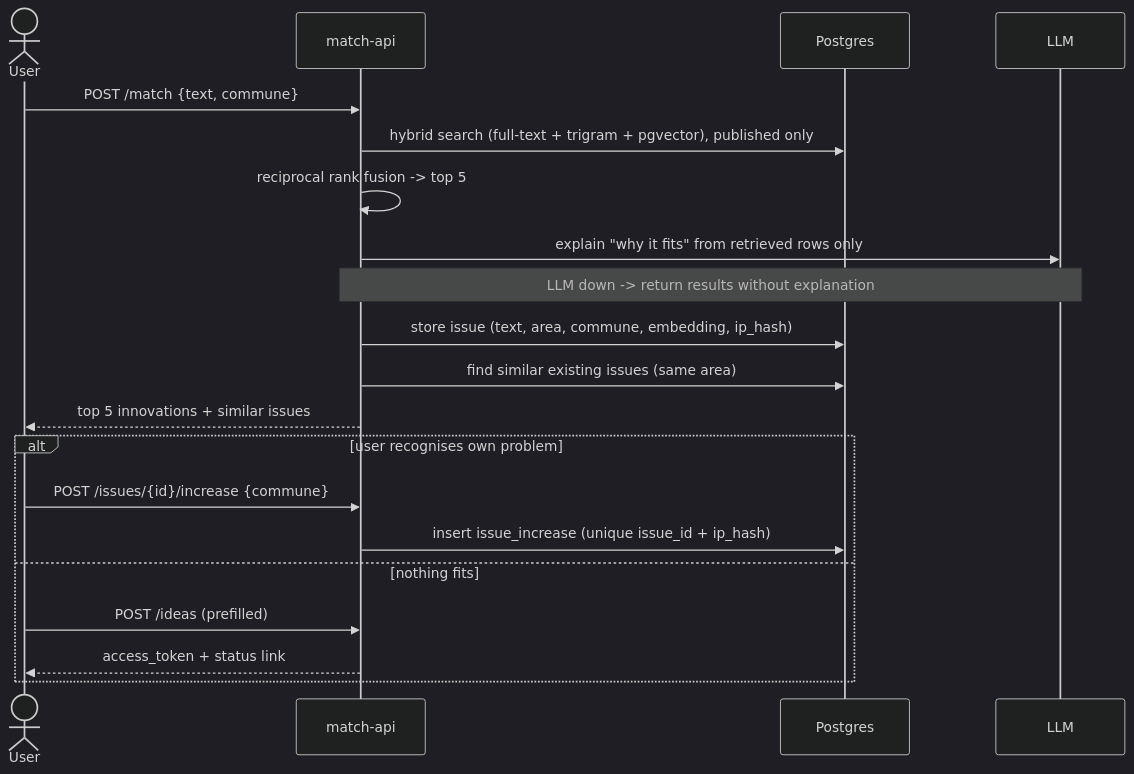
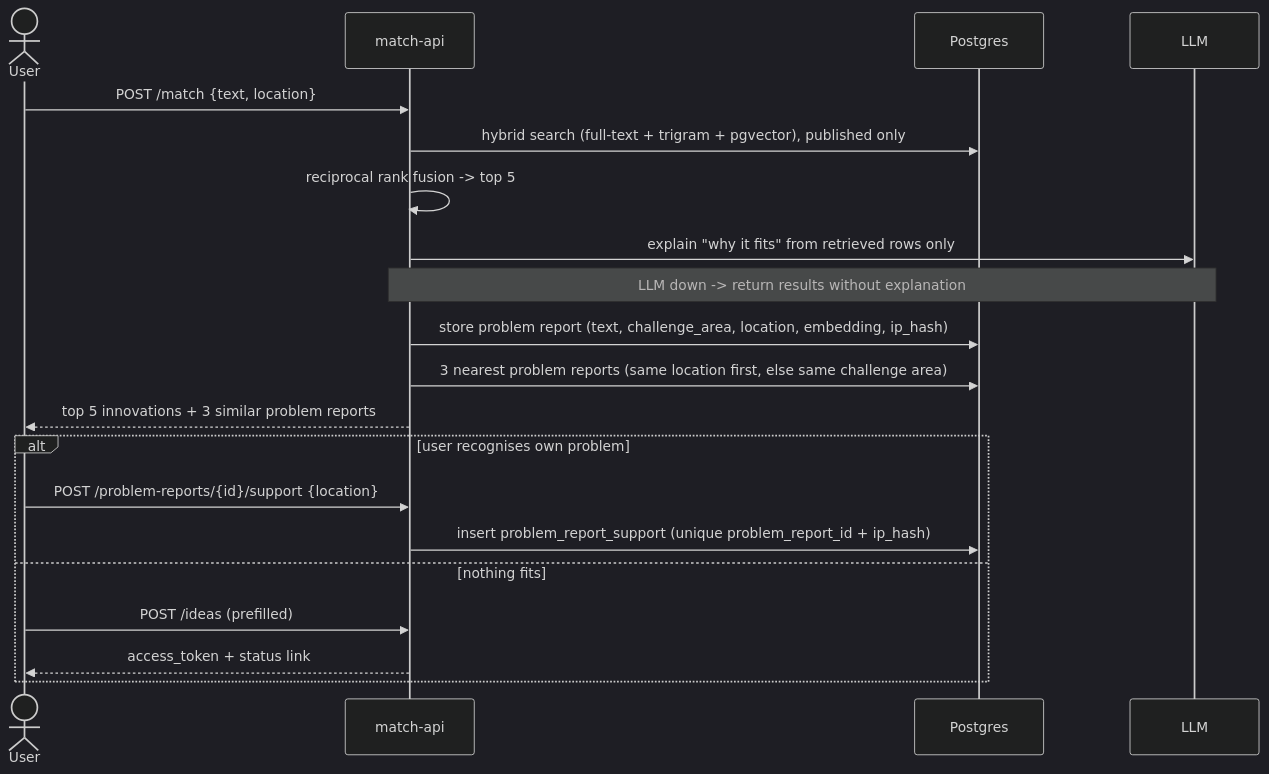
Before and after one commit to DziadBud/HackYeah2026: the third of 4 diagrams in documentation/backend/architecture.md, drawn with Mermaid (dark theme). The commit also changed other lines of this file and 39 other files, not shown here.

````diff
--- a/documentation/backend/architecture.md
+++ b/documentation/backend/architecture.md
@@ -69,23 +69,23 @@
 ```mermaid
 sequenceDiagram
     actor User
     participant API as match-api
     participant DB as Postgres
     participant LLM
 
-    User->>API: POST /match {text, commune}
+    User->>API: POST /match {text, location}
     API->>DB: hybrid search (full-text + trigram + pgvector), published only
     API->>API: reciprocal rank fusion -> top 5
     API->>LLM: explain "why it fits" from retrieved rows only
     Note over API,LLM: LLM down -> return results without explanation
-    API->>DB: store issue (text, area, commune, embedding, ip_hash)
-    API->>DB: find similar existing issues (same area)
-    API-->>User: top 5 innovations + similar issues
+    API->>DB: store problem report (text, challenge_area, location, embedding, ip_hash)
+    API->>DB: 3 nearest problem reports (same location first, else same challenge area)
+    API-->>User: top 5 innovations + 3 similar problem reports
     alt user recognises own problem
-        User->>API: POST /issues/{id}/increase {commune}
-        API->>DB: insert issue_increase (unique issue_id + ip_hash)
+        User->>API: POST /problem-reports/{id}/support {location}
+        API->>DB: insert problem_report_support (unique problem_report_id + ip_hash)
     else nothing fits
         User->>API: POST /ideas (prefilled)
         API-->>User: access_token + status link
     end
 ```
````
